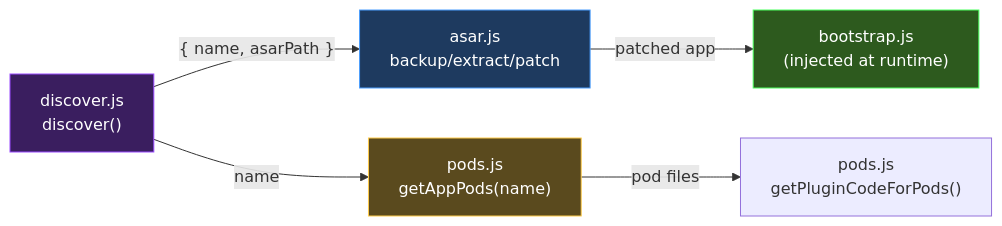
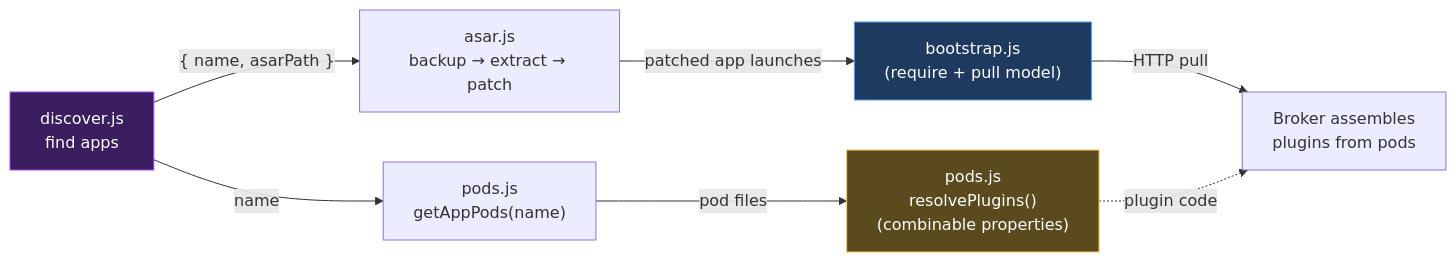
Before and after one commit to jerroldneal/podbay: the third of 3 diagrams in lib/docs/discover.md, drawn with Mermaid. The commit also changed other lines of this file and 110 other files, not shown here.

````diff
--- a/lib/docs/discover.md
+++ b/lib/docs/discover.md
@@ -143,12 +104,13 @@
 ```mermaid
 flowchart LR
-    DIS["discover.js<br/>discover()"] -->|"{ name, asarPath }"| ASAR["asar.js<br/>backup/extract/patch"]
+    DIS["discover.js<br/>find apps"] -->|"{ name, asarPath }"| ASAR["asar.js<br/>backup → extract → patch"]
     DIS -->|"name"| PODS["pods.js<br/>getAppPods(name)"]
-    PODS -->|"pod files"| RESOLVE["pods.js<br/>getPluginCodeForPods()"]
-    ASAR -->|"patched app"| BOOT["bootstrap.js<br/>(injected at runtime)"]
+    PODS -->|"pod files"| RESOLVE["pods.js<br/>resolvePlugins()<br/>(combinable properties)"]
+    ASAR -->|"patched app launches"| BOOT["bootstrap.js<br/>(require + pull model)"]
+    BOOT -->|"HTTP pull"| BROKER["Broker assembles<br/>plugins from pods"]
+    RESOLVE -.->|"plugin code"| BROKER
 
     style DIS fill:#3a1e5f,stroke:#9a4aff,color:#fff
-    style ASAR fill:#1e3a5f,stroke:#4a9eff,color:#fff
-    style PODS fill:#5a4a1e,stroke:#ffcc4a,color:#fff
-    style BOOT fill:#2d5a1e,stroke:#4aff5e,color:#fff
+    style BOOT fill:#1e3a5f,stroke:#4a9eff,color:#fff
+    style RESOLVE fill:#5a4a1e,stroke:#ffcc4a,color:#fff
 ```
````
